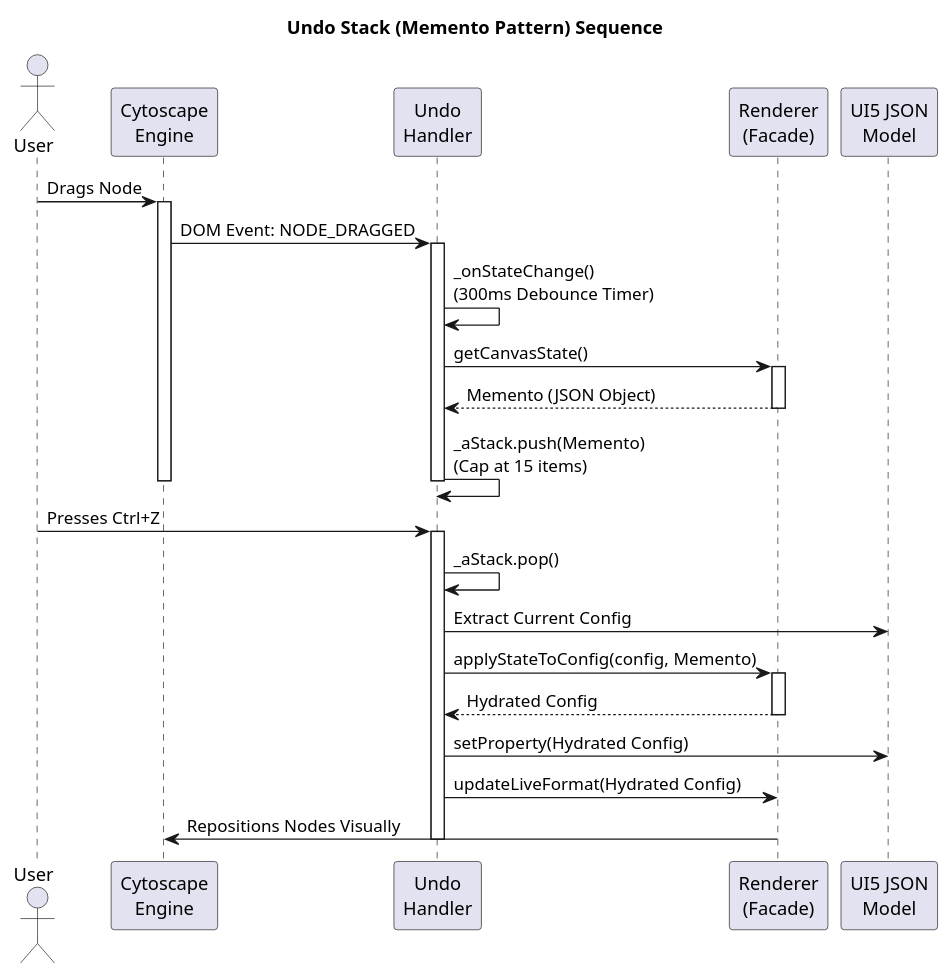
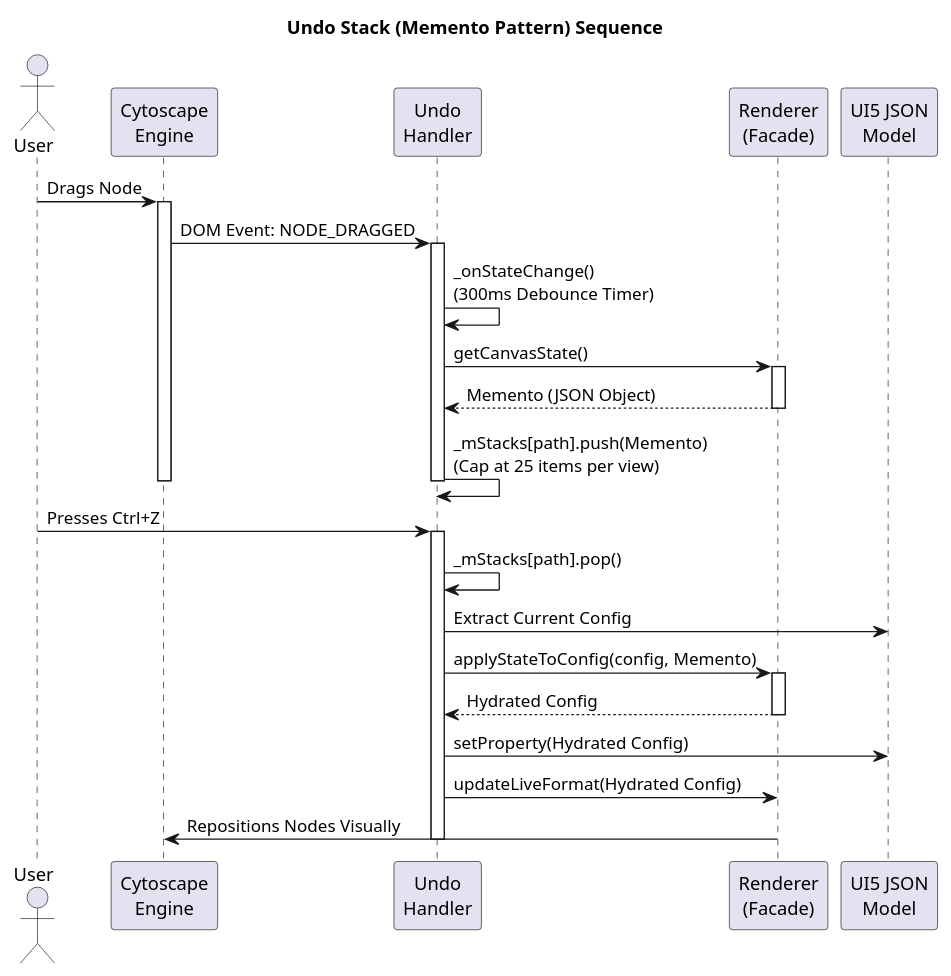
Before and after one commit to SiliconStreetDev1/abap-vdm-cds-diagram-ui: the diagram in design/undo_memento_sequence.puml, drawn with PlantUML. The commit also changed 29 other files, not shown here.

```diff
--- a/design/undo_memento_sequence.puml
+++ b/design/undo_memento_sequence.puml
@@ -1,39 +1,39 @@
 @startuml
 title Undo Stack (Memento Pattern) Sequence
 
 skinparam handwritten false
 skinparam responseMessageBelowArrow true
 
 actor User
 participant "Cytoscape\nEngine" as Cy
 participant "Undo\nHandler" as Undo
 participant "Renderer\n(Facade)" as Renderer
 participant "UI5 JSON\nModel" as Model
 
 User -> Cy : Drags Node
 activate Cy
 Cy -> Undo : DOM Event: NODE_DRAGGED
 activate Undo
 Undo -> Undo : _onStateChange()\n(300ms Debounce Timer)
 Undo -> Renderer : getCanvasState()
 activate Renderer
 Renderer --> Undo : Memento (JSON Object)
 deactivate Renderer
-Undo -> Undo : _aStack.push(Memento)\n(Cap at 15 items)
+Undo -> Undo : _mStacks[path].push(Memento)\n(Cap at 25 items per view)
 deactivate Undo
 deactivate Cy
 
 User -> Undo : Presses Ctrl+Z
 activate Undo
-Undo -> Undo : _aStack.pop()
+Undo -> Undo : _mStacks[path].pop()
 Undo -> Model : Extract Current Config
 Undo -> Renderer : applyStateToConfig(config, Memento)
 activate Renderer
 Renderer --> Undo : Hydrated Config
 deactivate Renderer
 Undo -> Model : setProperty(Hydrated Config)
 Undo -> Renderer : updateLiveFormat(Hydrated Config)
 Renderer -> Cy : Repositions Nodes Visually
 deactivate Undo
 
 @enduml
```
